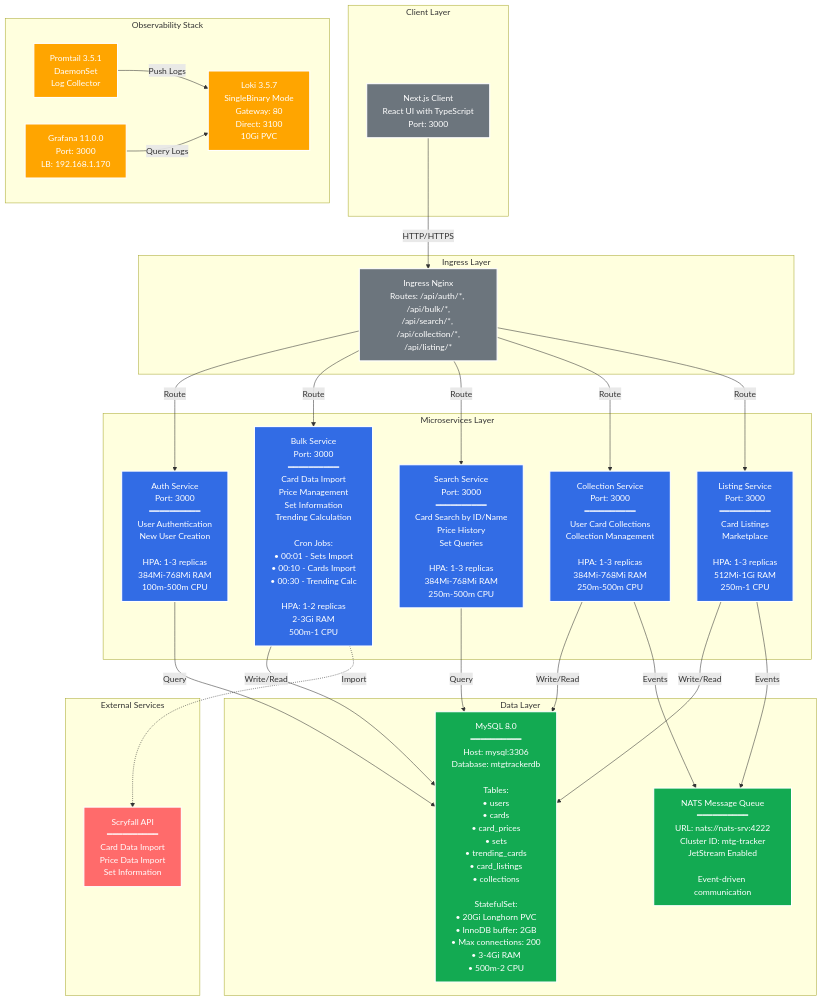
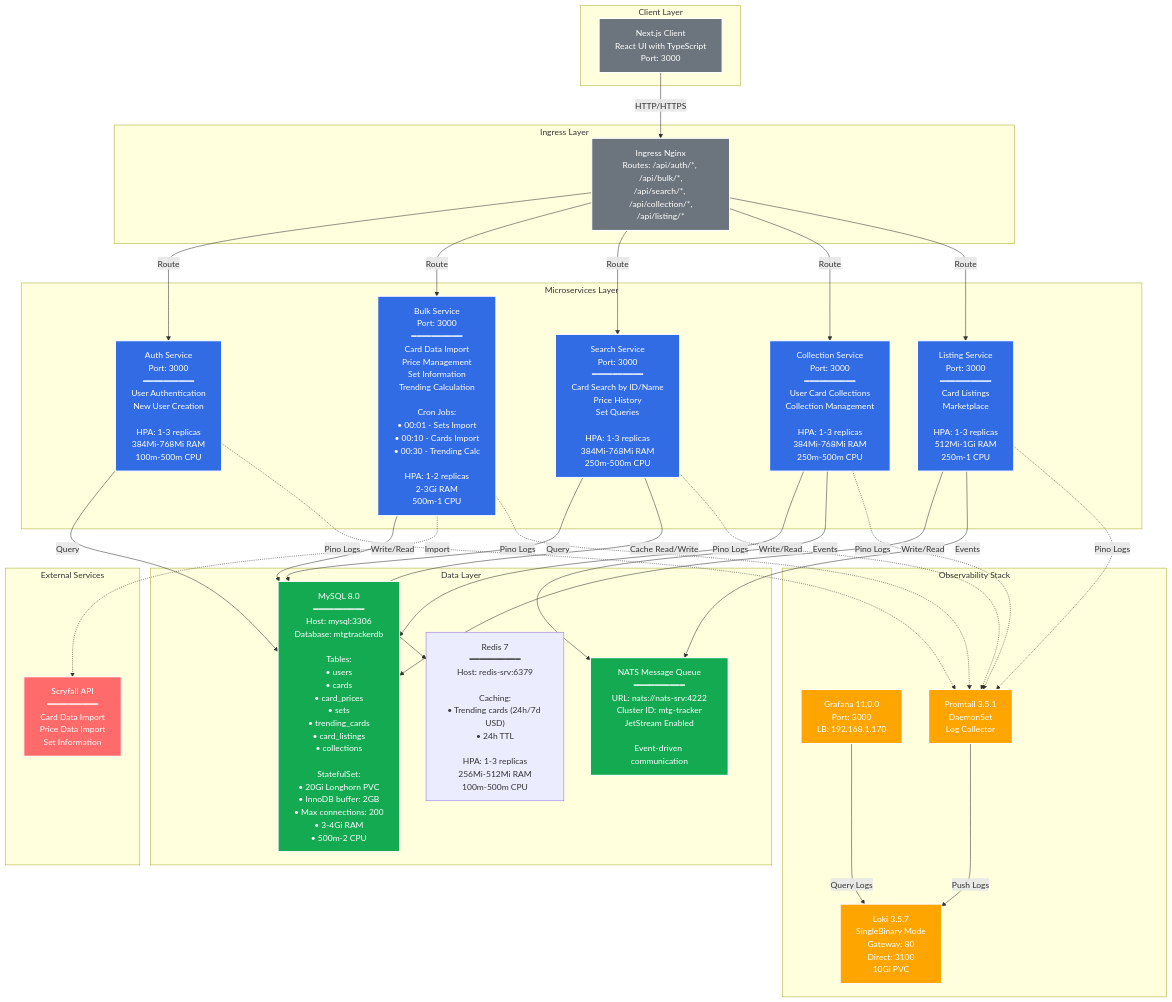
The diagram in README.md (ZHamburglar/mtg-tracker), drawn with Mermaid before and after one commit. The commit also changed other lines of this file and 6 other files, not shown here.

Commit message:
updating the mermaid

````diff
--- a/README.md
+++ b/README.md
@@ -22,71 +22,80 @@
 ```mermaid
 graph TB
     subgraph "Client Layer"
         Client["Next.js Client<br/>React UI with TypeScript<br/>Port: 3000"]
     end
 
     subgraph "Ingress Layer"
         Ingress["Ingress Nginx<br/>Routes: /api/auth/*, /api/bulk/*,<br/>/api/search/*, /api/collection/*,<br/>/api/listing/*"]
     end
 
     subgraph "Microservices Layer"
         Auth["Auth Service<br/>Port: 3000<br/>━━━━━━━━━━<br/>User Authentication<br/>New User Creation<br/><br/>HPA: 1-3 replicas<br/>384Mi-768Mi RAM<br/>100m-500m CPU"]
         
         Bulk["Bulk Service<br/>Port: 3000<br/>━━━━━━━━━━<br/>Card Data Import<br/>Price Management<br/>Set Information<br/>Trending Calculation<br/><br/>Cron Jobs:<br/>• 00:01 - Sets Import<br/>• 00:10 - Cards Import<br/>• 00:30 - Trending Calc<br/><br/>HPA: 1-2 replicas<br/>2-3Gi RAM<br/>500m-1 CPU"]
         
         Search["Search Service<br/>Port: 3000<br/>━━━━━━━━━━<br/>Card Search by ID/Name<br/>Price History<br/>Set Queries<br/><br/>HPA: 1-3 replicas<br/>384Mi-768Mi RAM<br/>250m-500m CPU"]
         
         Collection["Collection Service<br/>Port: 3000<br/>━━━━━━━━━━<br/>User Card Collections<br/>Collection Management<br/><br/>HPA: 1-3 replicas<br/>384Mi-768Mi RAM<br/>250m-500m CPU"]
         
         Listing["Listing Service<br/>Port: 3000<br/>━━━━━━━━━━<br/>Card Listings<br/>Marketplace<br/><br/>HPA: 1-3 replicas<br/>512Mi-1Gi RAM<br/>250m-1 CPU"]
     end
 
     subgraph "Data Layer"
         NATS["NATS Message Queue<br/>━━━━━━━━━━<br/>URL: nats://nats-srv:4222<br/>Cluster ID: mtg-tracker<br/>JetStream Enabled<br/><br/>Event-driven communication"]
         
         MySQL["MySQL 8.0<br/>━━━━━━━━━━<br/>Host: mysql:3306<br/>Database: mtgtrackerdb<br/><br/>Tables:<br/>• users<br/>• cards<br/>• card_prices<br/>• sets<br/>• trending_cards<br/>• card_listings<br/>• collections<br/><br/>StatefulSet:<br/>• 20Gi Longhorn PVC<br/>• InnoDB buffer: 2GB<br/>• Max connections: 200<br/>• 3-4Gi RAM<br/>• 500m-2 CPU"]
+        
+        Redis["Redis 7<br/>━━━━━━━━━━<br/>Host: redis-srv:6379<br/><br/>Caching:<br/>• Trending cards (24h/7d USD)<br/>• 24h TTL<br/><br/>HPA: 1-3 replicas<br/>256Mi-512Mi RAM<br/>100m-500m CPU"]
     end
 
     subgraph "External Services"
         Scryfall["Scryfall API<br/>━━━━━━━━━━<br/>Card Data Import<br/>Price Data Import<br/>Set Information"]
     end
 
     subgraph "Observability Stack"
         Grafana["Grafana 11.0.0<br/>Port: 3000<br/>LB: 192.168.1.170"]
         Loki["Loki 3.5.7<br/>SingleBinary Mode<br/>Gateway: 80<br/>Direct: 3100<br/>10Gi PVC"]
         Promtail["Promtail 3.5.1<br/>DaemonSet<br/>Log Collector"]
     end
 
     Client -->|HTTP/HTTPS| Ingress
     Ingress -->|Route| Auth
     Ingress -->|Route| Bulk
     Ingress -->|Route| Search
     Ingress -->|Route| Collection
     Ingress -->|Route| Listing
 
     Auth -->|Query| MySQL
     Bulk -->|Write/Read| MySQL
     Search -->|Query| MySQL
+    Search -->|Cache Read/Write| Redis
     Collection -->|Write/Read| MySQL
     Listing -->|Write/Read| MySQL
 
     Collection -->|Events| NATS
     Listing -->|Events| NATS
 
     Bulk -.->|Import| Scryfall
 
+    Auth -.->|Pino Logs| Promtail
+    Bulk -.->|Pino Logs| Promtail
+    Search -.->|Pino Logs| Promtail
+    Collection -.->|Pino Logs| Promtail
+    Listing -.->|Pino Logs| Promtail
+    
     Promtail -->|Push Logs| Loki
     Grafana -->|Query Logs| Loki
 
     classDef service fill:#326ce5,stroke:#fff,stroke-width:2px,color:#fff
     classDef data fill:#13aa52,stroke:#fff,stroke-width:2px,color:#fff
     classDef external fill:#ff6b6b,stroke:#fff,stroke-width:2px,color:#fff
     classDef observability fill:#ffa500,stroke:#fff,stroke-width:2px,color:#fff
     classDef infra fill:#6c757d,stroke:#fff,stroke-width:2px,color:#fff
 
     class Auth,Bulk,Search,Collection,Listing service
     class MySQL,NATS data
     class Scryfall external
     class Grafana,Loki,Promtail observability
     class Client,Ingress infra
 ```
````
